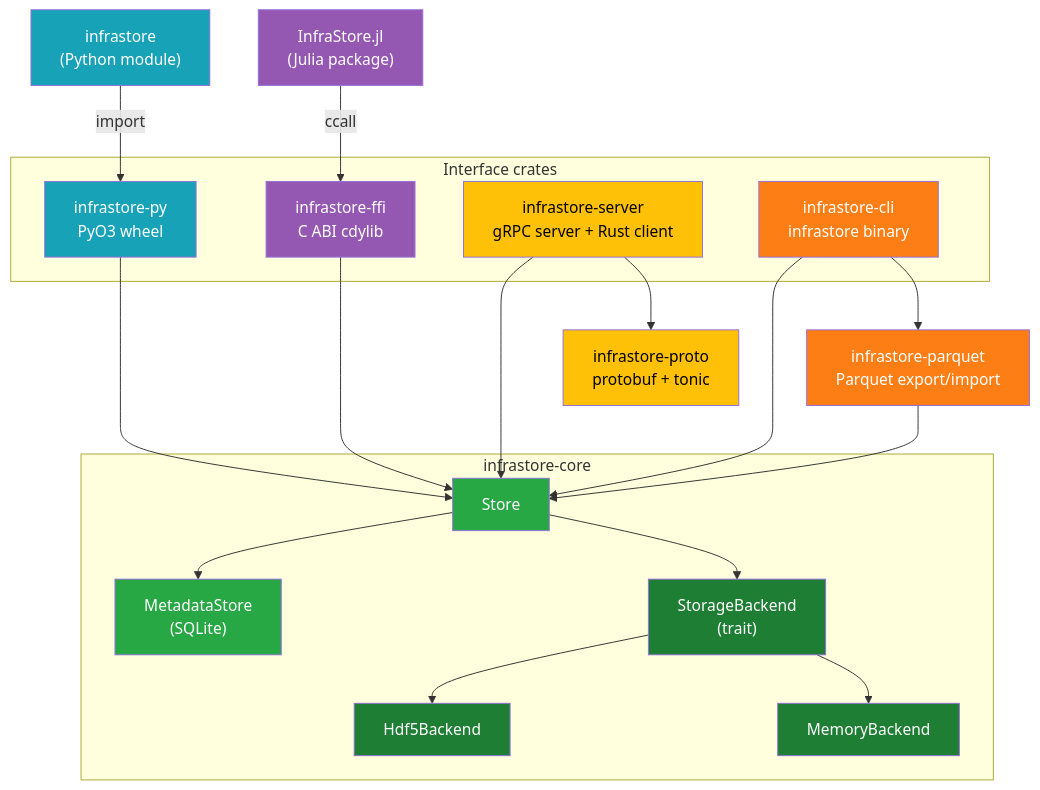
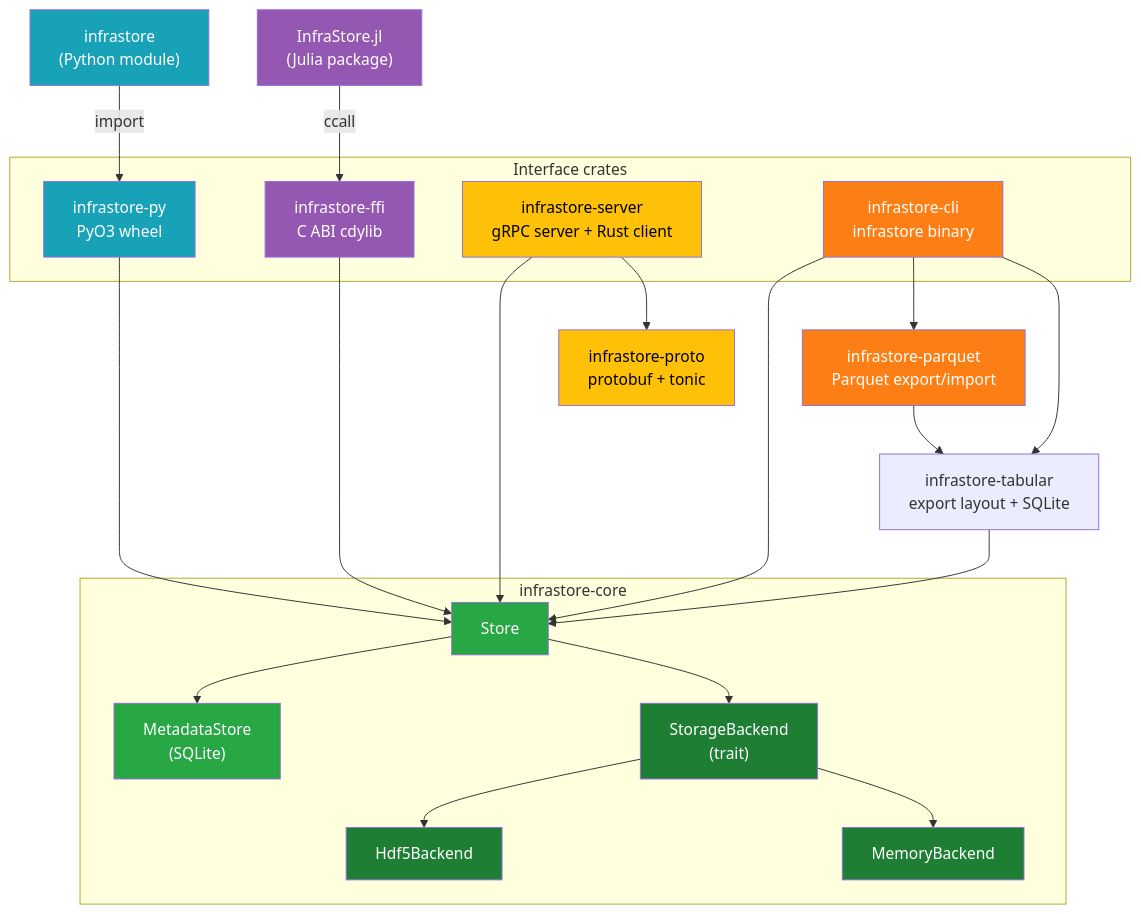
The first of 3 diagrams in docs/src/explanation/architecture.md (NatLabRockies/infrastore), drawn with Mermaid before and after one commit. The commit also changed other lines of this file and 31 other files, not shown here.

First line of the commit message:
Add SQLite export and import of the normalized table layout

````diff
--- a/docs/src/explanation/architecture.md
+++ b/docs/src/explanation/architecture.md
@@ -10,50 +10,53 @@
 ```mermaid
 flowchart TB
     subgraph ifaces["Interface crates"]
         PY["infrastore-py<br/>PyO3 wheel"]
         FFI["infrastore-ffi<br/>C ABI cdylib"]
         SRV["infrastore-server<br/>gRPC server + Rust client"]
         CLI["infrastore-cli<br/>infrastore binary"]
     end
 
     PYMOD["infrastore<br/>(Python module)"]
     JL["InfraStore.jl<br/>(Julia package)"]
     PROTO["infrastore-proto<br/>protobuf + tonic"]
     PARQ["infrastore-parquet<br/>Parquet export/import"]
+    TAB["infrastore-tabular<br/>export layout + SQLite"]
 
     subgraph core["infrastore-core"]
         STORE["Store"]
         META["MetadataStore<br/>(SQLite)"]
         BACK["StorageBackend<br/>(trait)"]
         NC["Hdf5Backend"]
         MEM["MemoryBackend"]
         STORE --> META
         STORE --> BACK
         BACK --> NC
         BACK --> MEM
     end
 
     PY --> STORE
     FFI --> STORE
     SRV --> STORE
     CLI --> STORE
     PYMOD -->|"import"| PY
     JL -->|"ccall"| FFI
     SRV --> PROTO
     CLI --> PARQ
-    PARQ --> STORE
+    CLI --> TAB
+    PARQ --> TAB
+    TAB --> STORE
 
     style STORE fill:#28a745,color:#fff
     style META fill:#28a745,color:#fff
     style BACK fill:#1e7e34,color:#fff
     style NC fill:#1e7e34,color:#fff
     style MEM fill:#1e7e34,color:#fff
     style PY fill:#17a2b8,color:#fff
     style PYMOD fill:#17a2b8,color:#fff
     style FFI fill:#9558b2,color:#fff
     style JL fill:#9558b2,color:#fff
     style SRV fill:#ffc107,color:#000
     style PROTO fill:#ffc107,color:#000
     style CLI fill:#fd7e14,color:#fff
     style PARQ fill:#fd7e14,color:#fff
 ```
````
